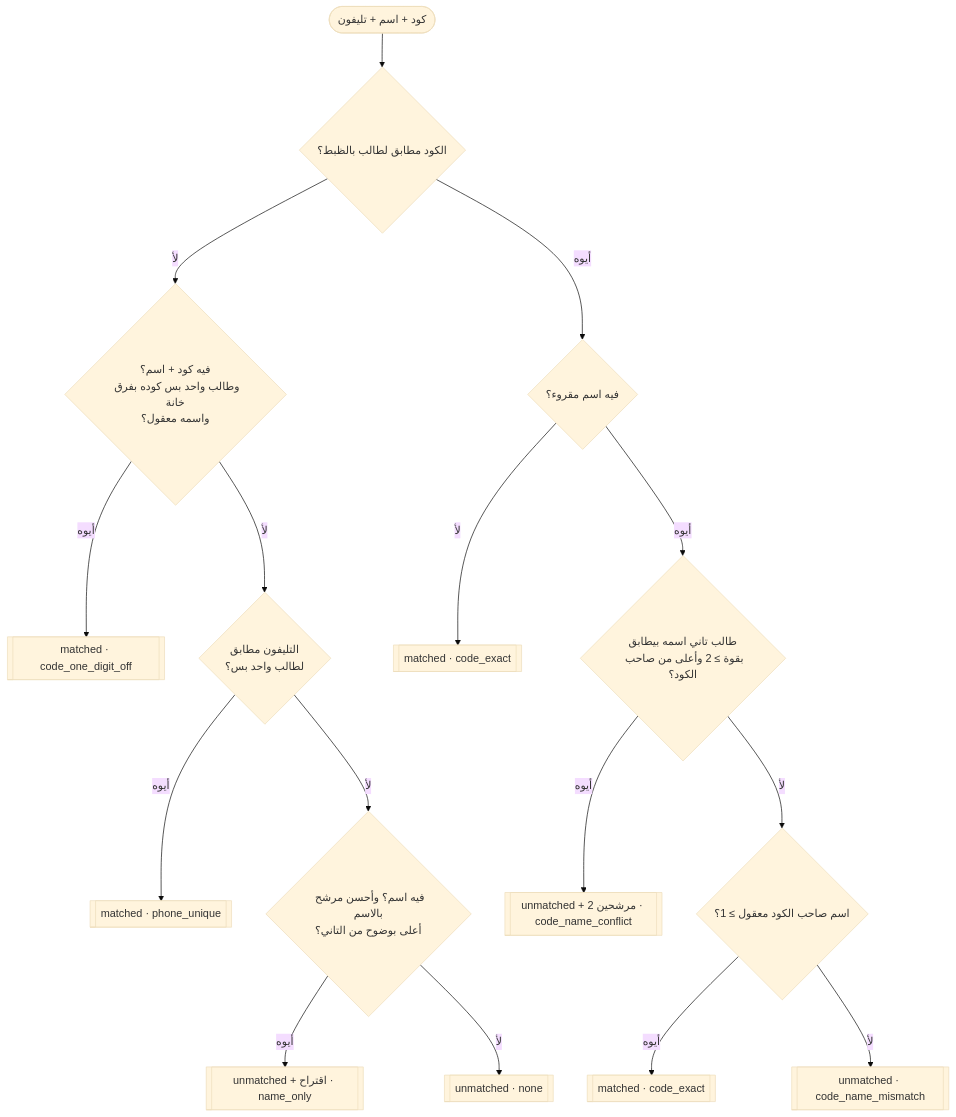
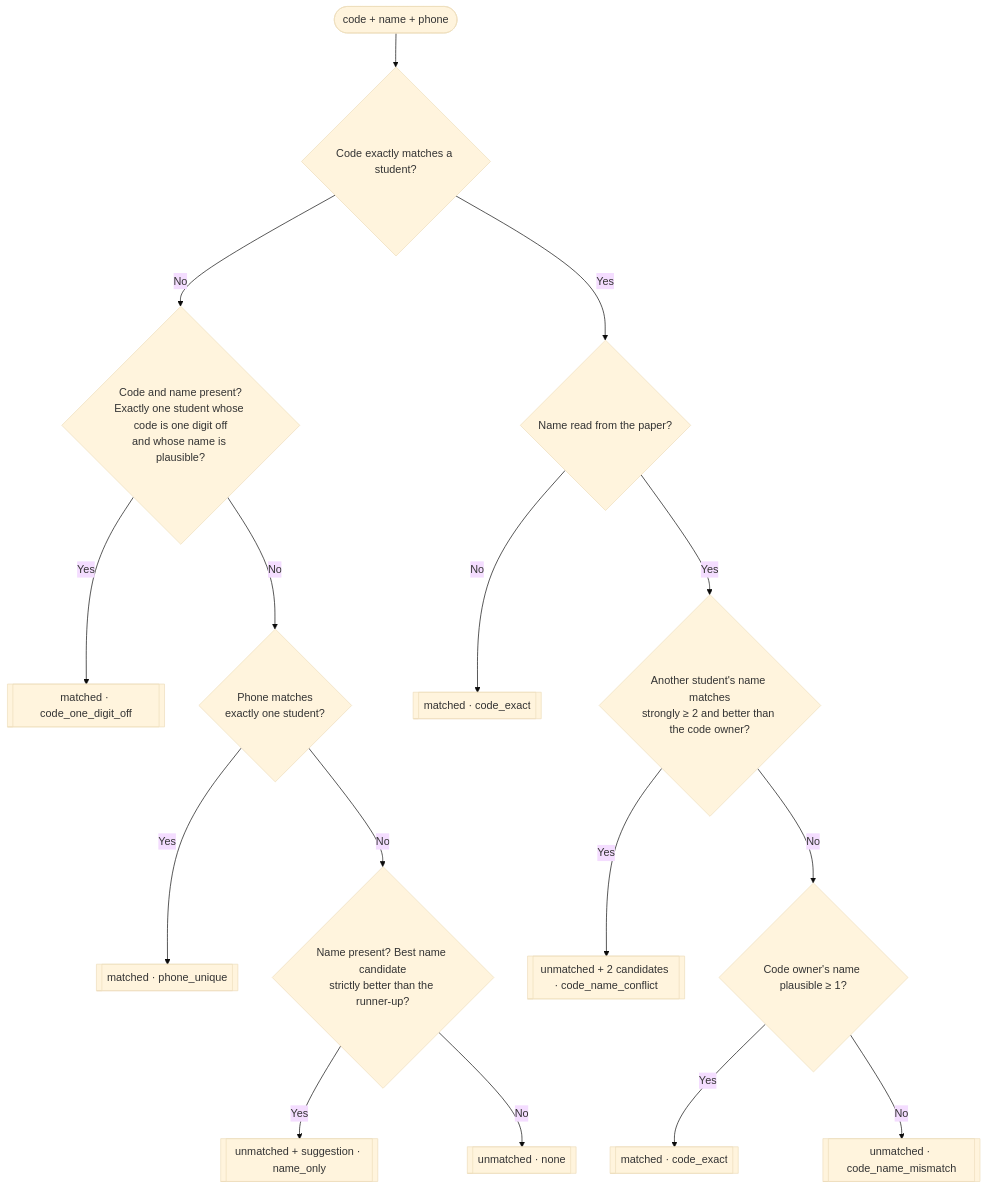
One commit to OMARg404/student-matching- changed the diagram in docs/01-matching-algorithm.md. Above: the diagram before and after it, drawn with Mermaid (base theme). The commit also changed other lines of this file and 4 other files, not shown here.

````diff
--- a/docs/01-matching-algorithm.md
+++ b/docs/01-matching-algorithm.md
@@ -69,18 +69,18 @@
 ```mermaid
 flowchart TD
-    S([كود + اسم + تليفون]) --> C{الكود مطابق لطالب بالظبط؟}
-    C -- لأ --> A{فيه كود + اسم؟<br/>وطالب واحد بس كوده بفرق خانة<br/>واسمه معقول؟}
-    A -- أيوه --> M1[[matched · code_one_digit_off]]
-    A -- لأ --> B{التليفون مطابق<br/>لطالب واحد بس؟}
-    B -- أيوه --> M2[[matched · phone_unique]]
-    B -- لأ --> D{فيه اسم؟ وأحسن مرشح بالاسم<br/>أعلى بوضوح من التاني؟}
-    D -- أيوه --> R1[[unmatched + اقتراح · name_only]]
-    D -- لأ --> N[[unmatched · none]]
-    C -- أيوه --> E{فيه اسم مقروء؟}
-    E -- لأ --> M3[[matched · code_exact]]
-    E -- أيوه --> F{طالب تاني اسمه بيطابق<br/>بقوة ≥ 2 وأعلى من صاحب الكود؟}
-    F -- أيوه --> X[[unmatched + مرشحين 2 · code_name_conflict]]
-    F -- لأ --> G{اسم صاحب الكود معقول ≥ 1؟}
-    G -- أيوه --> M4[[matched · code_exact]]
-    G -- لأ --> R2[[unmatched · code_name_mismatch]]
+    S([code + name + phone]) --> C{Code exactly matches a student?}
+    C -- No --> A{Code and name present?<br/>Exactly one student whose code is one digit off<br/>and whose name is plausible?}
+    A -- Yes --> M1[[matched · code_one_digit_off]]
+    A -- No --> B{Phone matches<br/>exactly one student?}
+    B -- Yes --> M2[[matched · phone_unique]]
+    B -- No --> D{Name present? Best name candidate<br/>strictly better than the runner-up?}
+    D -- Yes --> R1[[unmatched + suggestion · name_only]]
+    D -- No --> N[[unmatched · none]]
+    C -- Yes --> E{Name read from the paper?}
+    E -- No --> M3[[matched · code_exact]]
+    E -- Yes --> F{Another student's name matches<br/>strongly ≥ 2 and better than the code owner?}
+    F -- Yes --> X[[unmatched + 2 candidates · code_name_conflict]]
+    F -- No --> G{Code owner's name plausible ≥ 1?}
+    G -- Yes --> M4[[matched · code_exact]]
+    G -- No --> R2[[unmatched · code_name_mismatch]]
 ```
````
